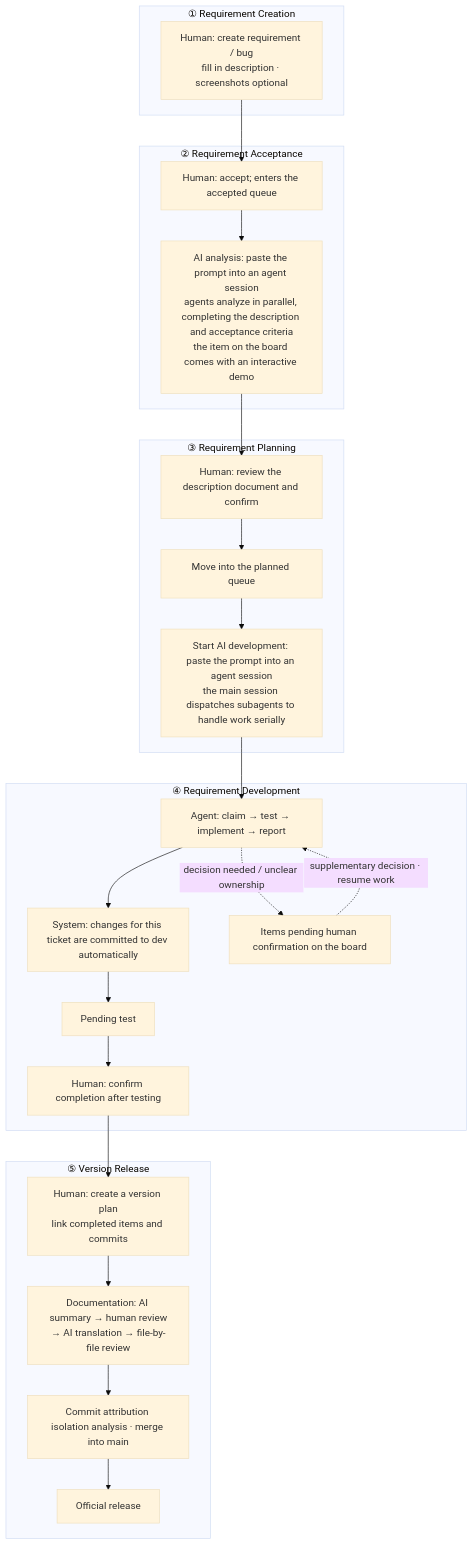
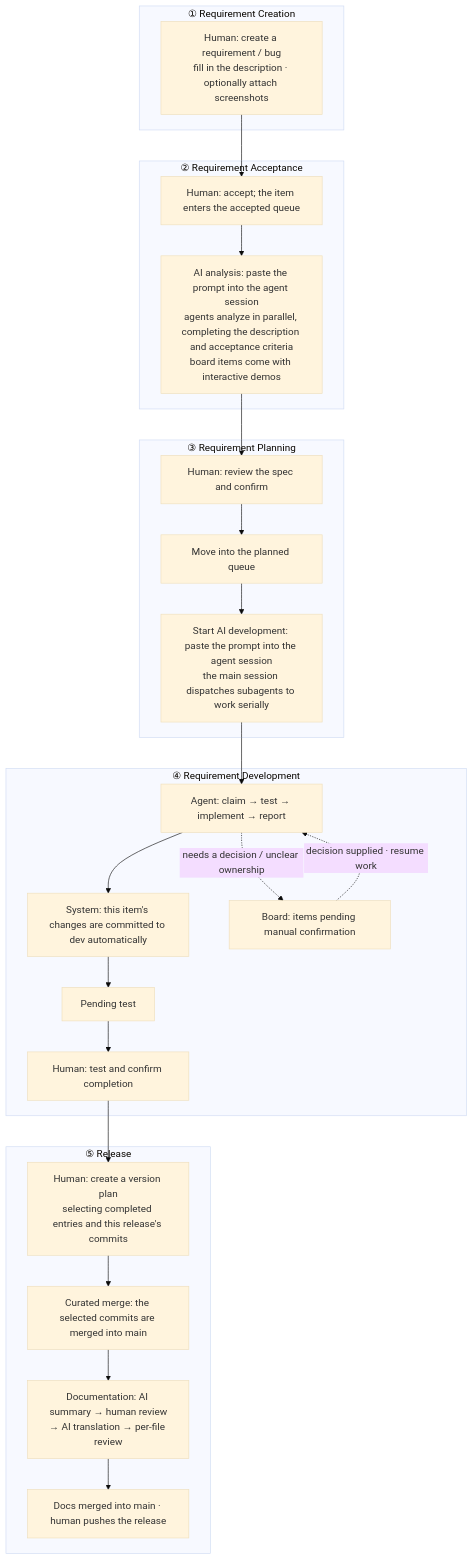
One commit to adichou/agent-team-board changed the diagram in README_en.md. Above: the diagram before and after it, drawn with Mermaid (base theme). The commit also changed other lines of this file and 11 other files, not shown here.

````diff
--- a/README_en.md
+++ b/README_en.md
@@ -49,34 +51,34 @@
 ```mermaid
 flowchart TB
     subgraph P1["① Requirement Creation"]
-        A["Human: create requirement / bug<br/>fill in description · screenshots optional"]
+        A["Human: create a requirement / bug<br/>fill in the description · optionally attach screenshots"]
     end
 
     subgraph P2["② Requirement Acceptance"]
-        B["Human: accept; enters the accepted queue"] --> C["AI analysis: paste the prompt into an agent session<br/>agents analyze in parallel, completing the description and acceptance criteria<br/>the item on the board comes with an interactive demo"]
+        B["Human: accept; the item enters the accepted queue"] --> C["AI analysis: paste the prompt into the agent session<br/>agents analyze in parallel, completing the description and acceptance criteria<br/>board items come with interactive demos"]
     end
 
     subgraph P3["③ Requirement Planning"]
-        E["Human: review the description document and confirm"] --> F["Move into the planned queue"]
-        F --> G["Start AI development: paste the prompt into an agent session<br/>the main session dispatches subagents to handle work serially"]
+        E["Human: review the spec and confirm"] --> F["Move into the planned queue"]
+        F --> G["Start AI development: paste the prompt into the agent session<br/>the main session dispatches subagents to work serially"]
     end
 
     subgraph P4["④ Requirement Development"]
-        H["Agent: claim → test → implement → report"] --> I["System: changes for this ticket are committed to dev automatically"]
+        H["Agent: claim → test → implement → report"] --> I["System: this item's changes are committed to dev automatically"]
         I --> J["Pending test"]
-        J --> K["Human: confirm completion after testing"]
-        H -.->|"decision needed / unclear ownership"| HOLD["Items pending human confirmation on the board"]
-        HOLD -.->|"supplementary decision · resume work"| H
+        J --> K["Human: test and confirm completion"]
+        H -.->|"needs a decision / unclear ownership"| HOLD["Board: items pending manual confirmation"]
+        HOLD -.->|"decision supplied · resume work"| H
     end
 
-    subgraph P5["⑤ Version Release"]
-        L["Human: create a version plan<br/>link completed items and commits"] --> M["Documentation: AI summary → human review<br/>→ AI translation → file-by-file review"]
-        M --> N["Commit attribution isolation analysis · merge into main"]
-        N --> O["Official release"]
+    subgraph P5["⑤ Release"]
+        L["Human: create a version plan<br/>selecting completed entries and this release's commits"] --> M["Curated merge: the selected commits are merged into main"]
+        M --> N["Documentation: AI summary → human review<br/>→ AI translation → per-file review"]
+        N --> O["Docs merged into main · human pushes the release"]
     end
 
     A --> B
     C --> E
     G --> H
     K --> L
 ```
````
